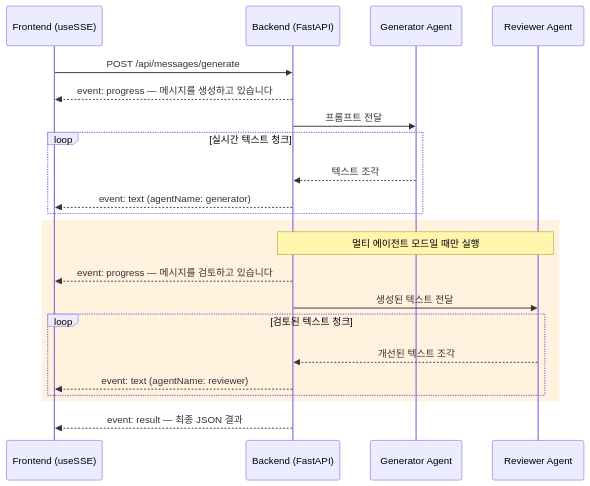
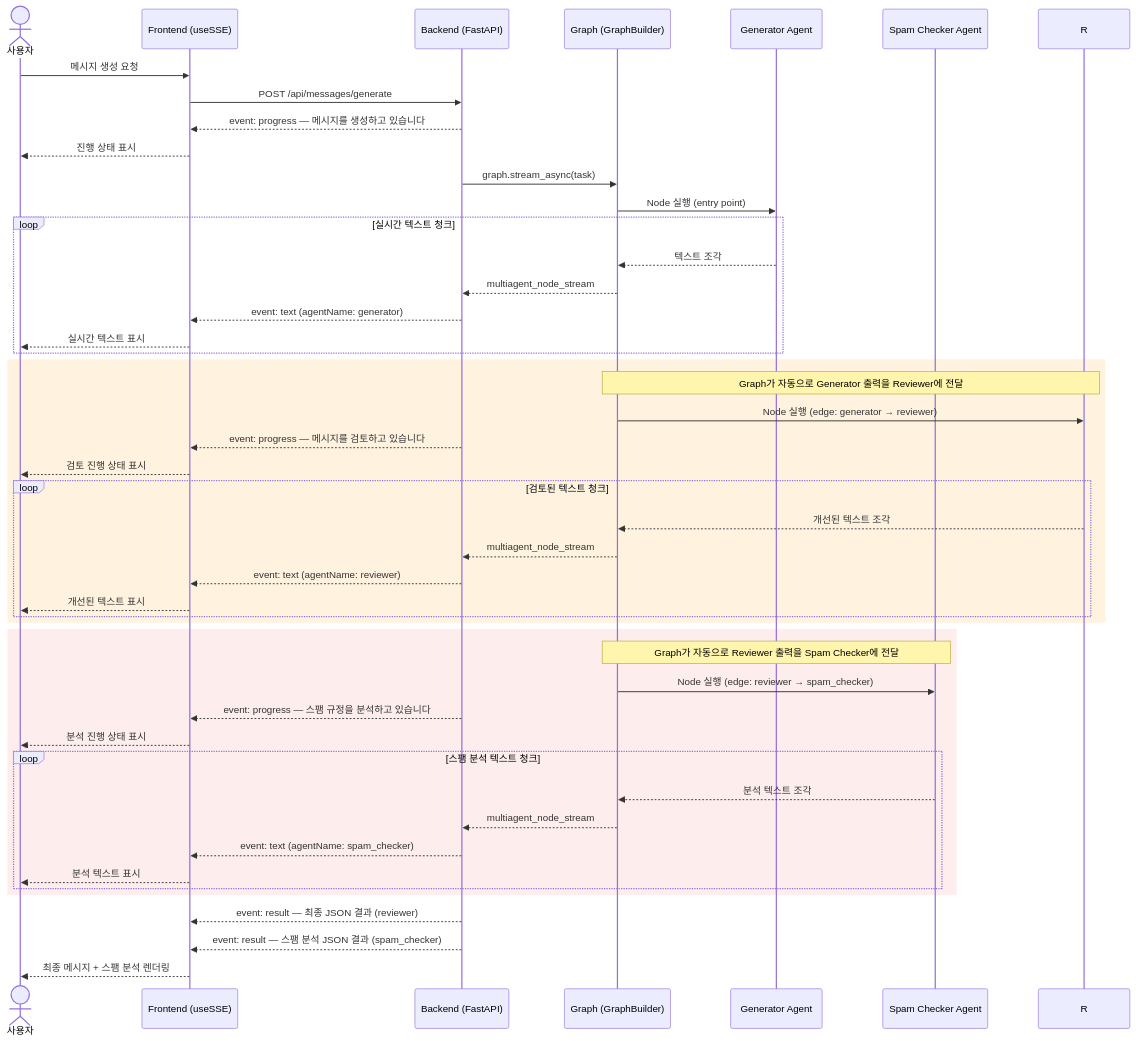
Before and after one commit to alipeople/aws-ai-poc-1: the fifth of 5 diagrams in README.md, drawn with Mermaid. The commit also changed other lines of this file and 10 other files, not shown here.

First line of the commit message:
feat: add Spam Checker sub-agent to multi-agent Graph pipeline

````diff
--- a/README.md
+++ b/README.md
@@ -170,28 +180,53 @@
 ```mermaid
 sequenceDiagram
+    actor User as 사용자
     participant FE as Frontend (useSSE)
     participant BE as Backend (FastAPI)
+    participant GR as Graph (GraphBuilder)
     participant G as Generator Agent
-    participant R as Reviewer Agent
+    participant S as Spam Checker Agent
 
+    User->>FE: 메시지 생성 요청
     FE->>BE: POST /api/messages/generate
     BE-->>FE: event: progress — 메시지를 생성하고 있습니다
+    FE-->>User: 진행 상태 표시
 
-    BE->>G: 프롬프트 전달
+    BE->>GR: graph.stream_async(task)
+    GR->>G: Node 실행 (entry point)
     loop 실시간 텍스트 청크
-        G-->>BE: 텍스트 조각
+        G-->>GR: 텍스트 조각
+        GR-->>BE: multiagent_node_stream
         BE-->>FE: event: text (agentName: generator)
+        FE-->>User: 실시간 텍스트 표시
     end
 
     rect rgb(255, 243, 224)
-        Note over BE,R: 멀티 에이전트 모드일 때만 실행
+        Note over GR,R: Graph가 자동으로 Generator 출력을 Reviewer에 전달
+        GR->>R: Node 실행 (edge: generator → reviewer)
         BE-->>FE: event: progress — 메시지를 검토하고 있습니다
-        BE->>R: 생성된 텍스트 전달
+        FE-->>User: 검토 진행 상태 표시
         loop 검토된 텍스트 청크
-            R-->>BE: 개선된 텍스트 조각
+            R-->>GR: 개선된 텍스트 조각
+            GR-->>BE: multiagent_node_stream
             BE-->>FE: event: text (agentName: reviewer)
+            FE-->>User: 개선된 텍스트 표시
         end
     end
 
-    BE-->>FE: event: result — 최종 JSON 결과
+    rect rgb(253, 237, 236)
+        Note over GR,S: Graph가 자동으로 Reviewer 출력을 Spam Checker에 전달
+        GR->>S: Node 실행 (edge: reviewer → spam_checker)
+        BE-->>FE: event: progress — 스팸 규정을 분석하고 있습니다
+        FE-->>User: 분석 진행 상태 표시
+        loop 스팸 분석 텍스트 청크
+            S-->>GR: 분석 텍스트 조각
+            GR-->>BE: multiagent_node_stream
+            BE-->>FE: event: text (agentName: spam_checker)
+            FE-->>User: 분석 텍스트 표시
+        end
+    end
+
+    BE-->>FE: event: result — 최종 JSON 결과 (reviewer)
+    BE-->>FE: event: result — 스팸 분석 JSON 결과 (spam_checker)
+    FE-->>User: 최종 메시지 + 스팸 분석 렌더링
 ```
````
